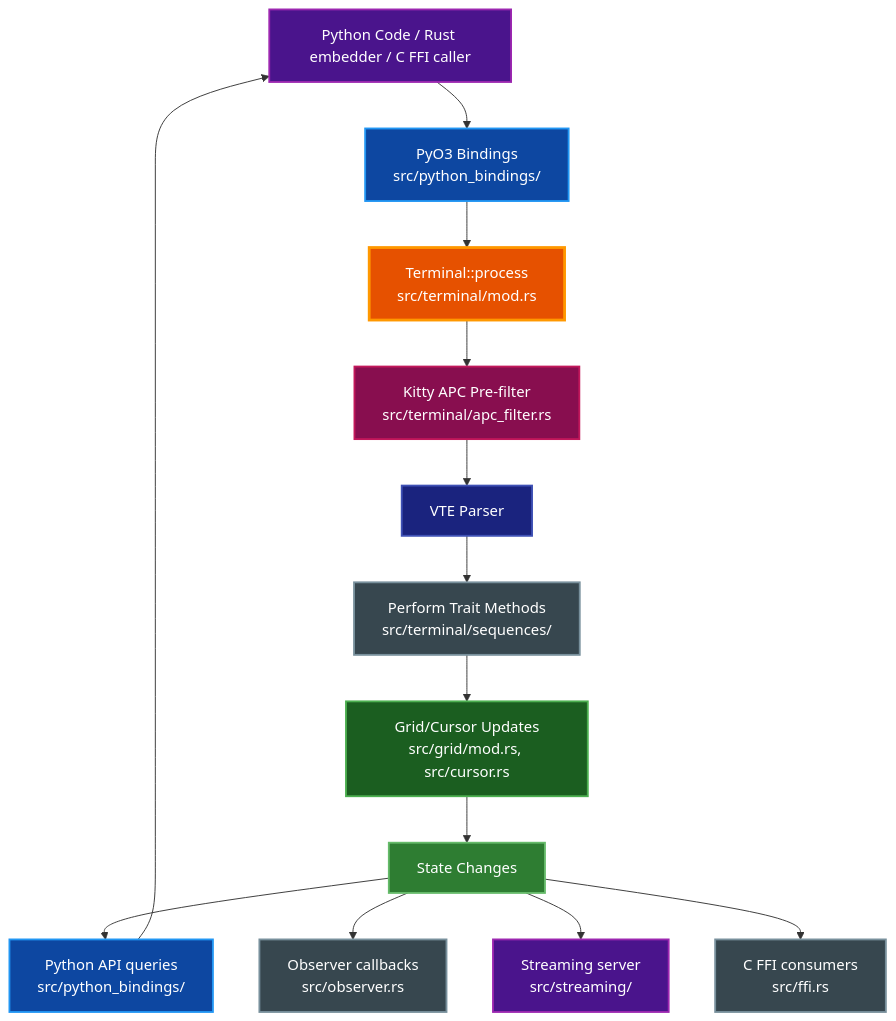
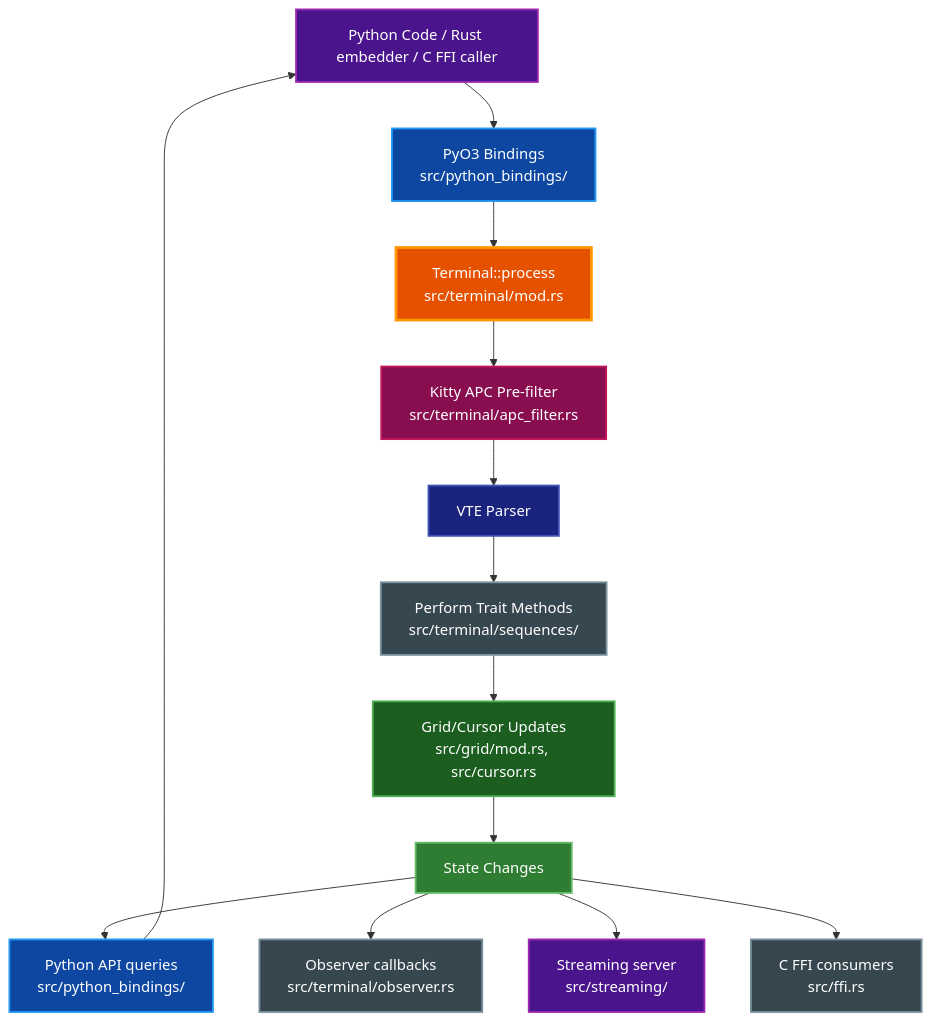
Before and after one commit to paulrobello/par-term-emu-core-rust: the second of 6 diagrams in docs/ARCHITECTURE.md, drawn with Mermaid. The commit also changed other lines of this file and 3 other files, not shown here.

First line of the commit message:
refactor(terminal): move observer module into the terminal layer (ARC-108)

````diff
--- a/docs/ARCHITECTURE.md
+++ b/docs/ARCHITECTURE.md
@@ -455,41 +455,41 @@
 ```mermaid
 graph TD
     A[Python Code / Rust embedder / C FFI caller]
     B[PyO3 Bindings<br/>src/python_bindings/]
     C[Terminal::process<br/>src/terminal/mod.rs]
     K[Kitty APC Pre-filter<br/>src/terminal/apc_filter.rs]
     D[VTE Parser]
     E[Perform Trait Methods<br/>src/terminal/sequences/]
     F[Grid/Cursor Updates<br/>src/grid/mod.rs, src/cursor.rs]
     G[State Changes]
     H[Python API queries<br/>src/python_bindings/]
-    O[Observer callbacks<br/>src/observer.rs]
+    O[Observer callbacks<br/>src/terminal/observer.rs]
     S[Streaming server<br/>src/streaming/]
     X[C FFI consumers<br/>src/ffi.rs]
 
     A --> B
     B --> C
     C --> K
     K --> D
     D --> E
     E --> F
     F --> G
     G --> H
     H --> A
     G --> O
     G --> S
     G --> X
 
     style A fill:#4a148c,stroke:#9c27b0,stroke-width:2px,color:#ffffff
     style B fill:#0d47a1,stroke:#2196f3,stroke-width:2px,color:#ffffff
     style C fill:#e65100,stroke:#ff9800,stroke-width:3px,color:#ffffff
     style D fill:#1a237e,stroke:#3f51b5,stroke-width:2px,color:#ffffff
     style E fill:#37474f,stroke:#78909c,stroke-width:2px,color:#ffffff
     style F fill:#1b5e20,stroke:#4caf50,stroke-width:2px,color:#ffffff
     style G fill:#2e7d32,stroke:#66bb6a,stroke-width:2px,color:#ffffff
     style H fill:#0d47a1,stroke:#2196f3,stroke-width:2px,color:#ffffff
     style K fill:#880e4f,stroke:#c2185b,stroke-width:2px,color:#ffffff
     style O fill:#37474f,stroke:#78909c,stroke-width:2px,color:#ffffff
     style S fill:#4a148c,stroke:#9c27b0,stroke-width:2px,color:#ffffff
     style X fill:#37474f,stroke:#78909c,stroke-width:2px,color:#ffffff
 ```
````
